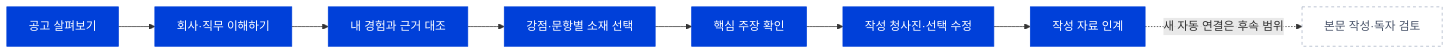
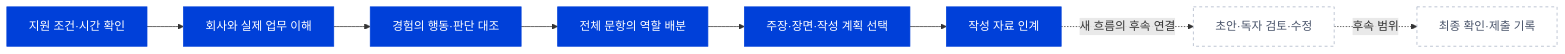
Before and after one commit to yoon-chan-hyeok/career-harness-v2: the diagram in README.md, drawn with Mermaid. The commit also changed other lines of this file and 2 other files, not shown here.

````diff
--- a/README.md
+++ b/README.md
@@ -33,14 +31,14 @@
 ```mermaid
 flowchart LR
-    A["공고 살펴보기"] --> B["회사·직무 이해하기"]
-    B --> C["내 경험과 근거 대조"]
-    C --> D["강점·문항별 소재 선택"]
-    D --> E["핵심 주장 확인"]
-    E --> F["작성 청사진·선택 수정"]
-    F --> G["작성 자료 인계"]
-    G -. "새 자동 연결은 후속 범위" .-> H["본문 작성·독자 검토"]
-    classDef active fill:#0040d9,color:#ffffff,stroke:#0040d9;
-    classDef future fill:#ffffff,color:#49546a,stroke:#a8b2c5,stroke-dasharray:4 4;
-    class A,B,C,D,E,F,G active;
-    class H future;
+    A["지원 조건·시간 확인"] --> B["회사와 실제 업무 이해"]
+    B --> C["경험의 행동·판단 대조"]
+    C --> D["전체 문항의 역할 배분"]
+    D --> E["주장·장면·작성 계획 선택"]
+    E --> F["작성 자료 인계"]
+    F -. "새 흐름의 후속 연결" .-> G["초안·독자 검토·수정"]
+    G -. "후속 범위" .-> H["최종 확인·제출 기록"]
+    classDef connected fill:#0040d9,color:#fff,stroke:#0040d9;
+    classDef future fill:#fff,color:#49546a,stroke:#a8b2c5,stroke-dasharray:4 4;
+    class A,B,C,D,E,F connected;
+    class G,H future;
 ```
````
